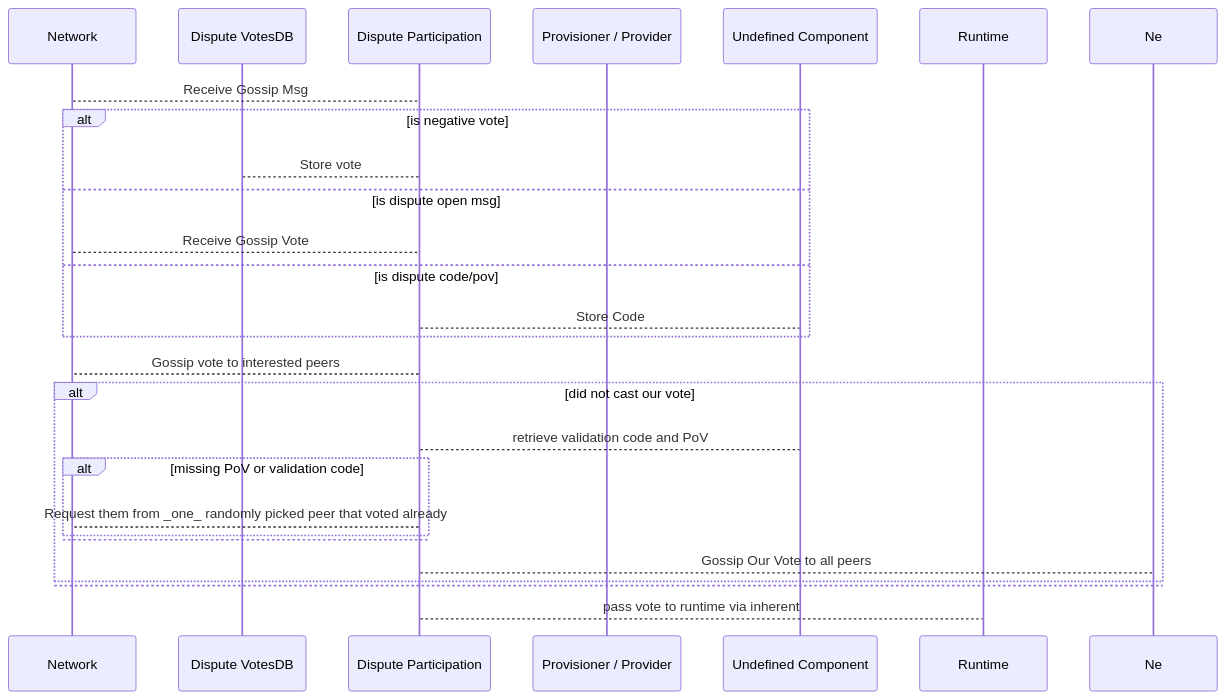
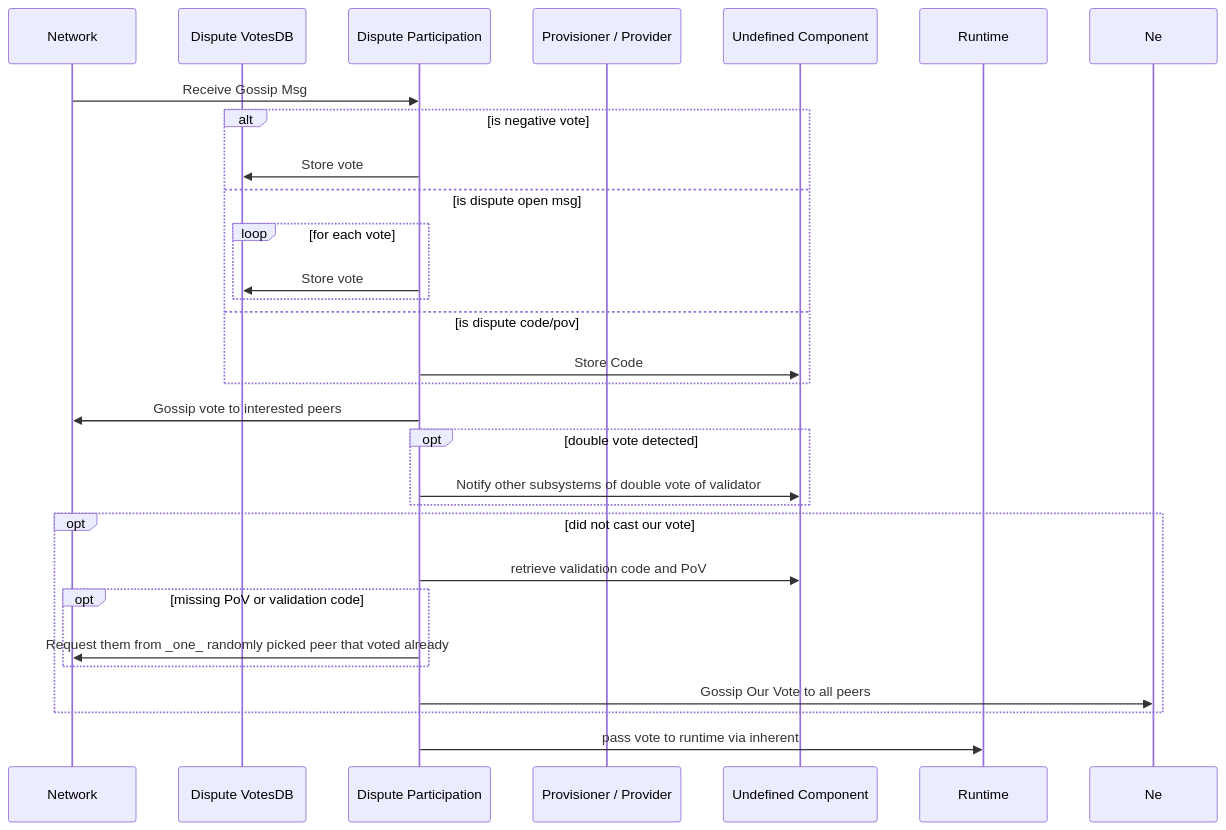
Before and after one commit to paritytech/polkadot: the first of 3 diagrams in roadmap/implementers-guide/src/disputes-component-partitions.md, drawn with Mermaid. The commit also changed other lines of this file, not shown here.

Commit message:
two more diagrams

````diff
--- a/roadmap/implementers-guide/src/disputes-component-partitions.md
+++ b/roadmap/implementers-guide/src/disputes-component-partitions.md
@@ -86,32 +90,36 @@
 ```mermaid
 sequenceDiagram
   participant Net as Network
   participant V as Dispute VotesDB
   participant P as Dispute Participation
   participant PP as Provisioner / Provider
   participant X as Undefined Component
   participant RT as Runtime
 
-  Net --> P: Receive Gossip Msg
+  Net ->> P: Receive Gossip Msg
   alt is negative vote
-    P --> V: Store vote
+    P ->> V: Store vote
   else is dispute open msg
-    Net --> P: Receive Gossip Vote
+    loop for each vote
+      P ->> V: Store vote
+    end
   else is dispute code/pov
-    P --> X: Store Code
+    P ->> X: Store Code
   end
 
-  P --> Net: Gossip vote to interested peers
+  P ->> Net: Gossip vote to interested peers
 
-  alt did not cast our vote
-    P --> X: retrieve validation code and PoV
-    alt missing PoV or validation code
-      P --> Net: Request them from _one_ randomly picked peer that voted already
-    else
-    end
-    P --> Ne: Gossip Our Vote to all peers
-  else
+  opt double vote detected
+    P ->> X: Notify other subsystems of double vote of validator
   end
 
-  P --> RT: pass vote to runtime via inherent
+  opt did not cast our vote
+    P ->> X: retrieve validation code and PoV
+    opt missing PoV or validation code
+      P ->> Net: Request them from _one_ randomly picked peer that voted already
+    end
+    P ->> Ne: Gossip Our Vote to all peers
+  end
+
+  P ->> RT: pass vote to runtime via inherent
 ```
````
